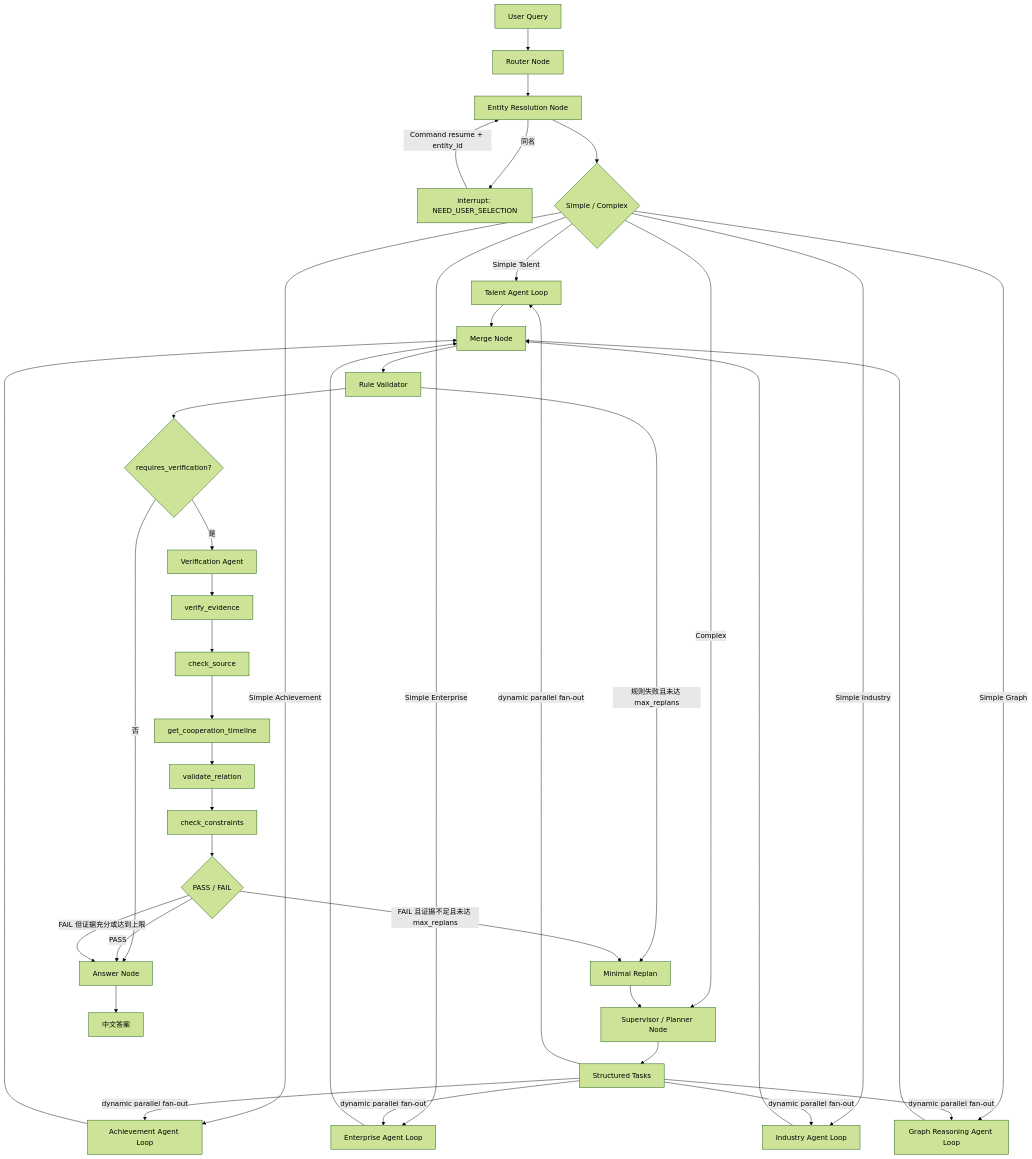
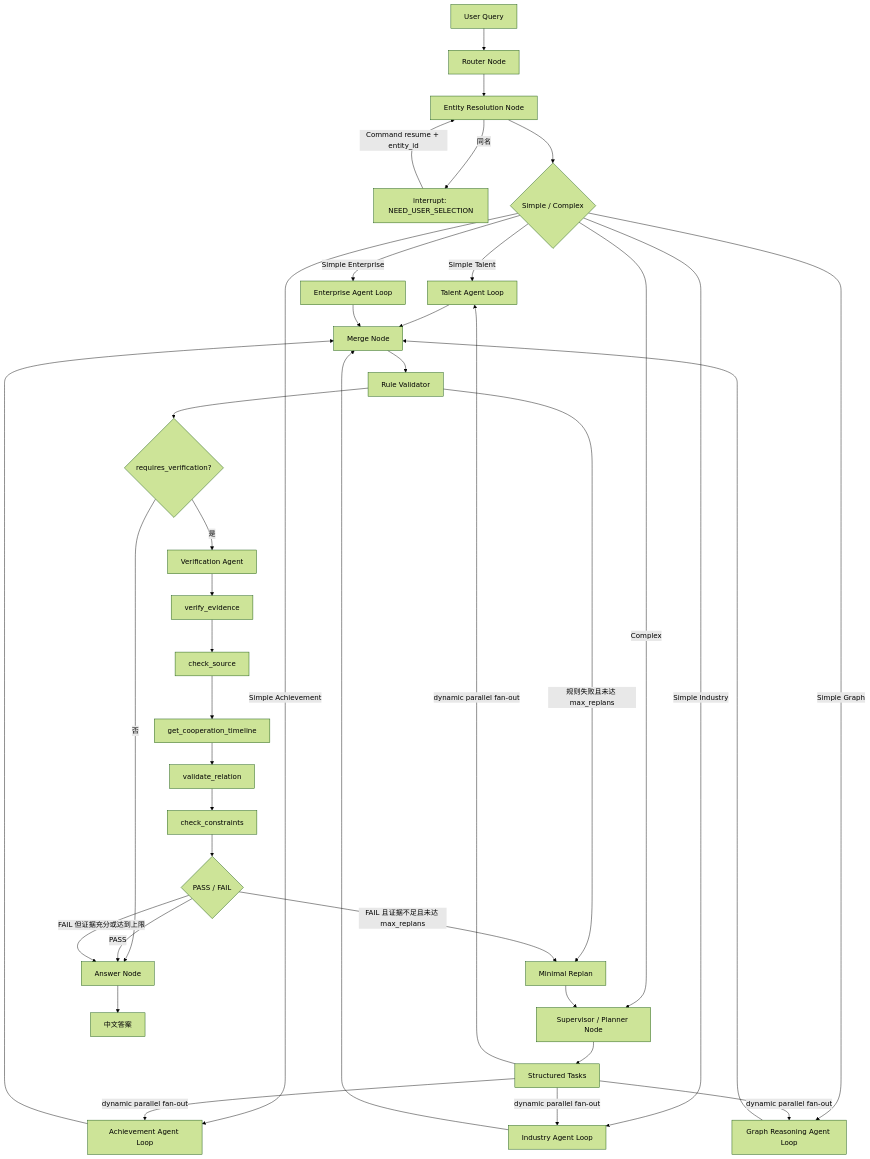
One commit to zhouweicode/multi-agent-program changed the third of 4 diagrams in README.md. Above: the diagram before and after it, drawn with Mermaid (forest theme). The commit also changed other lines of this file and 56 other files, not shown here.

````diff
--- a/README.md
+++ b/README.md
@@ -204,41 +238,40 @@
 ```mermaid
 flowchart TD
     U[User Query] --> R[Router Node]
     R --> E[Entity Resolution Node]
     E -->|同名| I[interrupt: NEED_USER_SELECTION]
     I -->|Command resume + entity_id| E
     E --> C{Simple / Complex}
     C -->|Simple Talent| TA[Talent Agent Loop]
     C -->|Simple Achievement| AA[Achievement Agent Loop]
     C -->|Simple Enterprise| EA[Enterprise Agent Loop]
     C -->|Simple Industry| IA[Industry Agent Loop]
     C -->|Simple Graph| GA[Graph Reasoning Agent Loop]
     C -->|Complex| S[Supervisor / Planner Node]
     S --> P[Structured Tasks]
     P -->|dynamic parallel fan-out| TA
     P -->|dynamic parallel fan-out| AA
-    P -->|dynamic parallel fan-out| EA
     P -->|dynamic parallel fan-out| IA
     P -->|dynamic parallel fan-out| GA
     TA --> M[Merge Node]
     AA --> M
     EA --> M
     IA --> M
     GA --> M
     M --> V[Rule Validator]
     V -->|规则失败且未达 max_replans| RP[Minimal Replan]
     RP --> S
     V --> Q{requires_verification?}
     Q -->|否| AN[Answer Node]
     Q -->|是| VA[Verification Agent]
     VA --> VE[verify_evidence]
     VE --> CS[check_source]
     CS --> TL[get_cooperation_timeline]
     TL --> REL[validate_relation]
     REL --> CC[check_constraints]
     CC --> VF{PASS / FAIL}
     VF -->|PASS| AN
     VF -->|FAIL 且证据不足且未达 max_replans| RP
     VF -->|FAIL 但证据充分或达到上限| AN
     AN --> O[中文答案]
 ```
````
